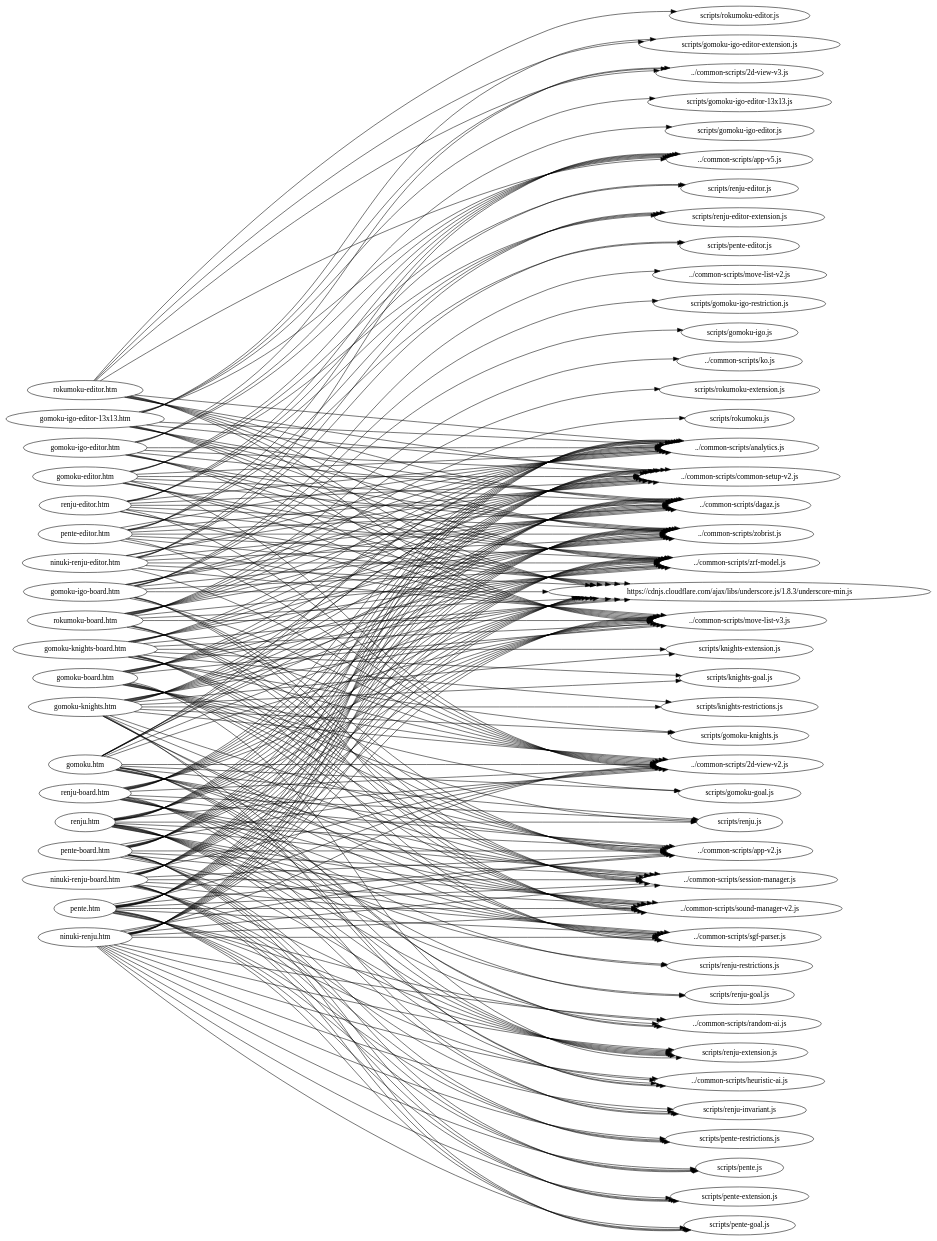
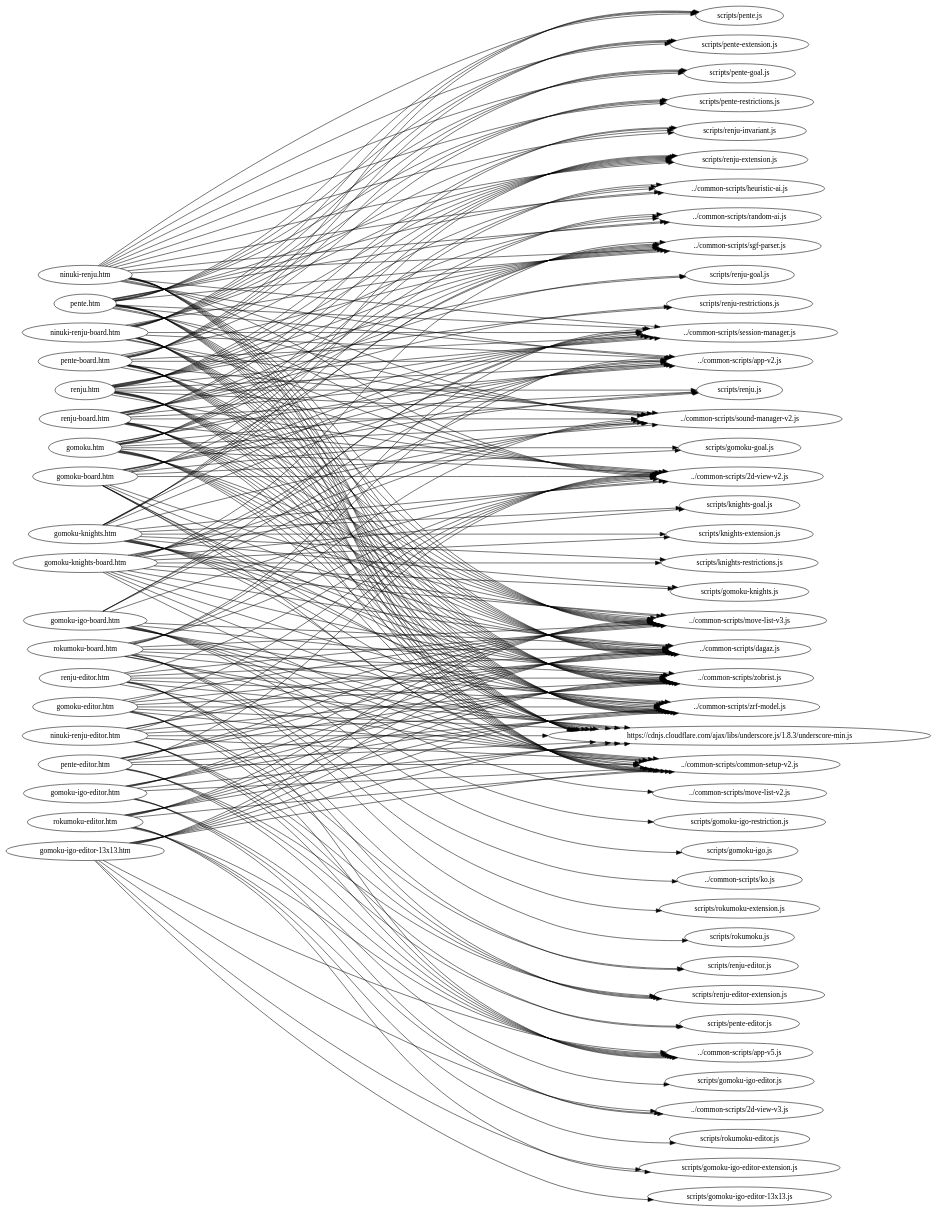
The diagram in refactor-utils/dot/renju.dot (stepney141/GlukKazan.github.io), drawn with Graphviz before and after one commit. The commit also changed 49 other files, not shown here.

```diff
--- a/refactor-utils/dot/renju.dot
+++ b/refactor-utils/dot/renju.dot
@@ -1,7 +1,6 @@
 digraph "graph" {
 graph[ ranksep=10, rankdir = LR ];
   "gomoku-board.htm" -> "../common-scripts/2d-view-v2.js";
-  "gomoku-board.htm" -> "../common-scripts/analytics.js";
   "gomoku-board.htm" -> "../common-scripts/app-v2.js";
   "gomoku-board.htm" -> "../common-scripts/common-setup-v2.js";
   "gomoku-board.htm" -> "../common-scripts/dagaz.js";
@@ -16,7 +15,6 @@
   "gomoku-board.htm" -> "scripts/renju-extension.js";
   "gomoku-board.htm" -> "scripts/renju.js";
   "gomoku-editor.htm" -> "../common-scripts/2d-view-v2.js";
-  "gomoku-editor.htm" -> "../common-scripts/analytics.js";
   "gomoku-editor.htm" -> "../common-scripts/app-v5.js";
   "gomoku-editor.htm" -> "../common-scripts/common-setup-v2.js";
   "gomoku-editor.htm" -> "../common-scripts/dagaz.js";
@@ -27,7 +25,6 @@
   "gomoku-editor.htm" -> "scripts/renju-editor-extension.js";
   "gomoku-editor.htm" -> "scripts/renju-editor.js";
   "gomoku-igo-board.htm" -> "../common-scripts/2d-view-v2.js";
-  "gomoku-igo-board.htm" -> "../common-scripts/analytics.js";
   "gomoku-igo-board.htm" -> "../common-scripts/app-v2.js";
   "gomoku-igo-board.htm" -> "../common-scripts/common-setup-v2.js";
   "gomoku-igo-board.htm" -> "../common-scripts/dagaz.js";
@@ -40,7 +37,6 @@
   "gomoku-igo-board.htm" -> "scripts/gomoku-igo-restriction.js";
   "gomoku-igo-board.htm" -> "scripts/gomoku-igo.js";
   "gomoku-igo-editor-13x13.htm" -> "../common-scripts/2d-view-v3.js";
-  "gomoku-igo-editor-13x13.htm" -> "../common-scripts/analytics.js";
   "gomoku-igo-editor-13x13.htm" -> "../common-scripts/app-v5.js";
   "gomoku-igo-editor-13x13.htm" -> "../common-scripts/common-setup-v2.js";
   "gomoku-igo-editor-13x13.htm" -> "../common-scripts/dagaz.js";
@@ -51,7 +47,6 @@
   "gomoku-igo-editor-13x13.htm" -> "scripts/gomoku-igo-editor-13x13.js";
   "gomoku-igo-editor-13x13.htm" -> "scripts/gomoku-igo-editor-extension.js";
   "gomoku-igo-editor.htm" -> "../common-scripts/2d-view-v3.js";
-  "gomoku-igo-editor.htm" -> "../common-scripts/analytics.js";
   "gomoku-igo-editor.htm" -> "../common-scripts/app-v5.js";
   "gomoku-igo-editor.htm" -> "../common-scripts/common-setup-v2.js";
   "gomoku-igo-editor.htm" -> "../common-scripts/dagaz.js";
@@ -61,7 +56,6 @@
   "gomoku-igo-editor.htm" -> "https://cdnjs.cloudflare.com/ajax/libs/underscore.js/1.8.3/underscore-min.js";
   "gomoku-igo-editor.htm" -> "scripts/gomoku-igo-editor.js";
   "gomoku-knights-board.htm" -> "../common-scripts/2d-view-v2.js";
-  "gomoku-knights-board.htm" -> "../common-scripts/analytics.js";
   "gomoku-knights-board.htm" -> "../common-scripts/app-v2.js";
   "gomoku-knights-board.htm" -> "../common-scripts/common-setup-v2.js";
   "gomoku-knights-board.htm" -> "../common-scripts/dagaz.js";
@@ -77,7 +71,6 @@
   "gomoku-knights-board.htm" -> "scripts/knights-goal.js";
   "gomoku-knights-board.htm" -> "scripts/knights-restrictions.js";
   "gomoku-knights.htm" -> "../common-scripts/2d-view-v2.js";
-  "gomoku-knights.htm" -> "../common-scripts/analytics.js";
   "gomoku-knights.htm" -> "../common-scripts/app-v2.js";
   "gomoku-knights.htm" -> "../common-scripts/common-setup-v2.js";
   "gomoku-knights.htm" -> "../common-scripts/dagaz.js";
@@ -95,7 +88,6 @@
   "gomoku-knights.htm" -> "scripts/knights-goal.js";
   "gomoku-knights.htm" -> "scripts/knights-restrictions.js";
   "gomoku.htm" -> "../common-scripts/2d-view-v2.js";
-  "gomoku.htm" -> "../common-scripts/analytics.js";
   "gomoku.htm" -> "../common-scripts/app-v2.js";
   "gomoku.htm" -> "../common-scripts/common-setup-v2.js";
   "gomoku.htm" -> "../common-scripts/dagaz.js";
@@ -112,7 +104,6 @@
   "gomoku.htm" -> "scripts/renju-extension.js";
   "gomoku.htm" -> "scripts/renju.js";
   "ninuki-renju-board.htm" -> "../common-scripts/2d-view-v2.js";
-  "ninuki-renju-board.htm" -> "../common-scripts/analytics.js";
   "ninuki-renju-board.htm" -> "../common-scripts/app-v2.js";
   "ninuki-renju-board.htm" -> "../common-scripts/common-setup-v2.js";
   "ninuki-renju-board.htm" -> "../common-scripts/dagaz.js";
@@ -130,7 +121,6 @@
   "ninuki-renju-board.htm" -> "scripts/renju-extension.js";
   "ninuki-renju-board.htm" -> "scripts/renju-invariant.js";
   "ninuki-renju-editor.htm" -> "../common-scripts/2d-view-v2.js";
-  "ninuki-renju-editor.htm" -> "../common-scripts/analytics.js";
   "ninuki-renju-editor.htm" -> "../common-scripts/app-v5.js";
   "ninuki-renju-editor.htm" -> "../common-scripts/common-setup-v2.js";
   "ninuki-renju-editor.htm" -> "../common-scripts/dagaz.js";
@@ -141,7 +131,6 @@
   "ninuki-renju-editor.htm" -> "scripts/pente-editor.js";
   "ninuki-renju-editor.htm" -> "scripts/renju-editor-extension.js";
   "ninuki-renju.htm" -> "../common-scripts/2d-view-v2.js";
-  "ninuki-renju.htm" -> "../common-scripts/analytics.js";
   "ninuki-renju.htm" -> "../common-scripts/app-v2.js";
   "ninuki-renju.htm" -> "../common-scripts/common-setup-v2.js";
   "ninuki-renju.htm" -> "../common-scripts/dagaz.js";
@@ -161,7 +150,6 @@
   "ninuki-renju.htm" -> "scripts/renju-extension.js";
   "ninuki-renju.htm" -> "scripts/renju-invariant.js";
   "pente-board.htm" -> "../common-scripts/2d-view-v2.js";
-  "pente-board.htm" -> "../common-scripts/analytics.js";
   "pente-board.htm" -> "../common-scripts/app-v2.js";
   "pente-board.htm" -> "../common-scripts/common-setup-v2.js";
   "pente-board.htm" -> "../common-scripts/dagaz.js";
@@ -178,7 +166,6 @@
   "pente-board.htm" -> "scripts/pente.js";
   "pente-board.htm" -> "scripts/renju-extension.js";
   "pente-editor.htm" -> "../common-scripts/2d-view-v2.js";
-  "pente-editor.htm" -> "../common-scripts/analytics.js";
   "pente-editor.htm" -> "../common-scripts/app-v5.js";
   "pente-editor.htm" -> "../common-scripts/common-setup-v2.js";
   "pente-editor.htm" -> "../common-scripts/dagaz.js";
@@ -189,7 +176,6 @@
   "pente-editor.htm" -> "scripts/pente-editor.js";
   "pente-editor.htm" -> "scripts/renju-editor-extension.js";
   "pente.htm" -> "../common-scripts/2d-view-v2.js";
-  "pente.htm" -> "../common-scripts/analytics.js";
   "pente.htm" -> "../common-scripts/app-v2.js";
   "pente.htm" -> "../common-scripts/common-setup-v2.js";
   "pente.htm" -> "../common-scripts/dagaz.js";
@@ -208,7 +194,6 @@
   "pente.htm" -> "scripts/pente.js";
   "pente.htm" -> "scripts/renju-extension.js";
   "renju-board.htm" -> "../common-scripts/2d-view-v2.js";
-  "renju-board.htm" -> "../common-scripts/analytics.js";
   "renju-board.htm" -> "../common-scripts/app-v2.js";
   "renju-board.htm" -> "../common-scripts/common-setup-v2.js";
   "renju-board.htm" -> "../common-scripts/dagaz.js";
@@ -225,7 +210,6 @@
   "renju-board.htm" -> "scripts/renju-restrictions.js";
   "renju-board.htm" -> "scripts/renju.js";
   "renju-editor.htm" -> "../common-scripts/2d-view-v2.js";
-  "renju-editor.htm" -> "../common-scripts/analytics.js";
   "renju-editor.htm" -> "../common-scripts/app-v5.js";
   "renju-editor.htm" -> "../common-scripts/common-setup-v2.js";
   "renju-editor.htm" -> "../common-scripts/dagaz.js";
@@ -236,7 +220,6 @@
   "renju-editor.htm" -> "scripts/renju-editor-extension.js";
   "renju-editor.htm" -> "scripts/renju-editor.js";
   "renju.htm" -> "../common-scripts/2d-view-v2.js";
-  "renju.htm" -> "../common-scripts/analytics.js";
   "renju.htm" -> "../common-scripts/app-v2.js";
   "renju.htm" -> "../common-scripts/common-setup-v2.js";
   "renju.htm" -> "../common-scripts/dagaz.js";
@@ -255,7 +238,6 @@
   "renju.htm" -> "scripts/renju-restrictions.js";
   "renju.htm" -> "scripts/renju.js";
   "rokumoku-board.htm" -> "../common-scripts/2d-view-v2.js";
-  "rokumoku-board.htm" -> "../common-scripts/analytics.js";
   "rokumoku-board.htm" -> "../common-scripts/app-v2.js";
   "rokumoku-board.htm" -> "../common-scripts/common-setup-v2.js";
   "rokumoku-board.htm" -> "../common-scripts/dagaz.js";
@@ -269,7 +251,6 @@
   "rokumoku-board.htm" -> "scripts/rokumoku-extension.js";
   "rokumoku-board.htm" -> "scripts/rokumoku.js";
   "rokumoku-editor.htm" -> "../common-scripts/2d-view-v3.js";
-  "rokumoku-editor.htm" -> "../common-scripts/analytics.js";
   "rokumoku-editor.htm" -> "../common-scripts/app-v5.js";
   "rokumoku-editor.htm" -> "../common-scripts/common-setup-v2.js";
   "rokumoku-editor.htm" -> "../common-scripts/dagaz.js";
```
